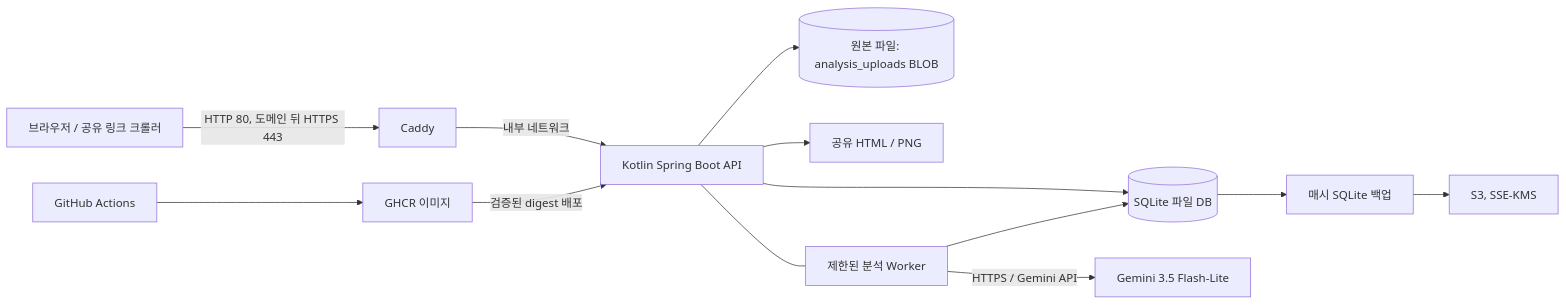
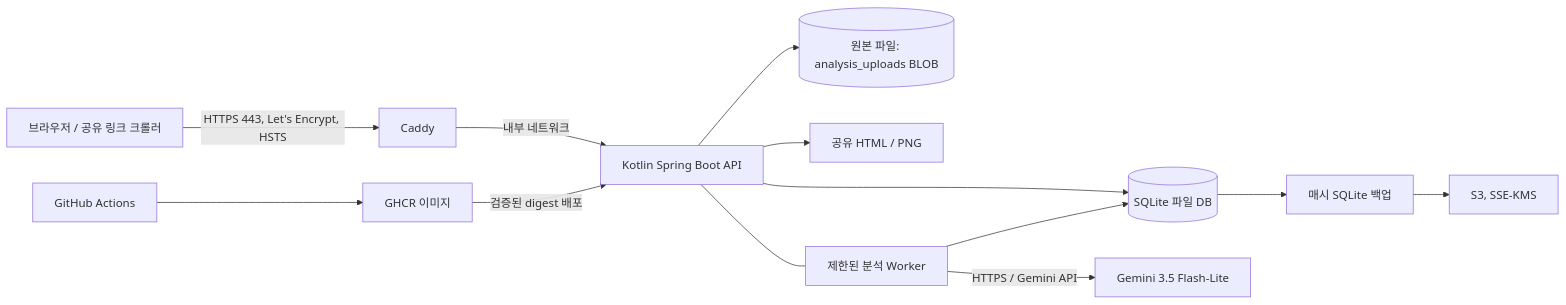
One commit to yooni9ue/santacut changed the diagram in backend/docs/system-architecture.md. Above: the diagram before and after it, drawn with Mermaid. The commit also changed other lines of this file and 4 other files, not shown here.

````diff
--- a/backend/docs/system-architecture.md
+++ b/backend/docs/system-architecture.md
@@ -28,15 +28,15 @@
 ```mermaid
 flowchart LR
-  U[브라우저 / 공유 링크 크롤러] -->|HTTP 80, 도메인 뒤 HTTPS 443| C[Caddy]
+  U[브라우저 / 공유 링크 크롤러] -->|HTTPS 443, Let's Encrypt, HSTS| C[Caddy]
   C -->|내부 네트워크| A[Kotlin Spring Boot API]
   A --> P[(SQLite 파일 DB)]
   A --> V[(원본 파일: analysis_uploads BLOB)]
   A --> G[공유 HTML / PNG]
   W[제한된 분석 Worker] --> P
   W -->|HTTPS / Gemini API| AI[Gemini 3.5 Flash-Lite]
   A --- W
   P --> B[매시 SQLite 백업]
   B --> O[S3, SSE-KMS]
   GH[GitHub Actions] --> R[GHCR 이미지]
   R -->|검증된 digest 배포| A
 ```
````
